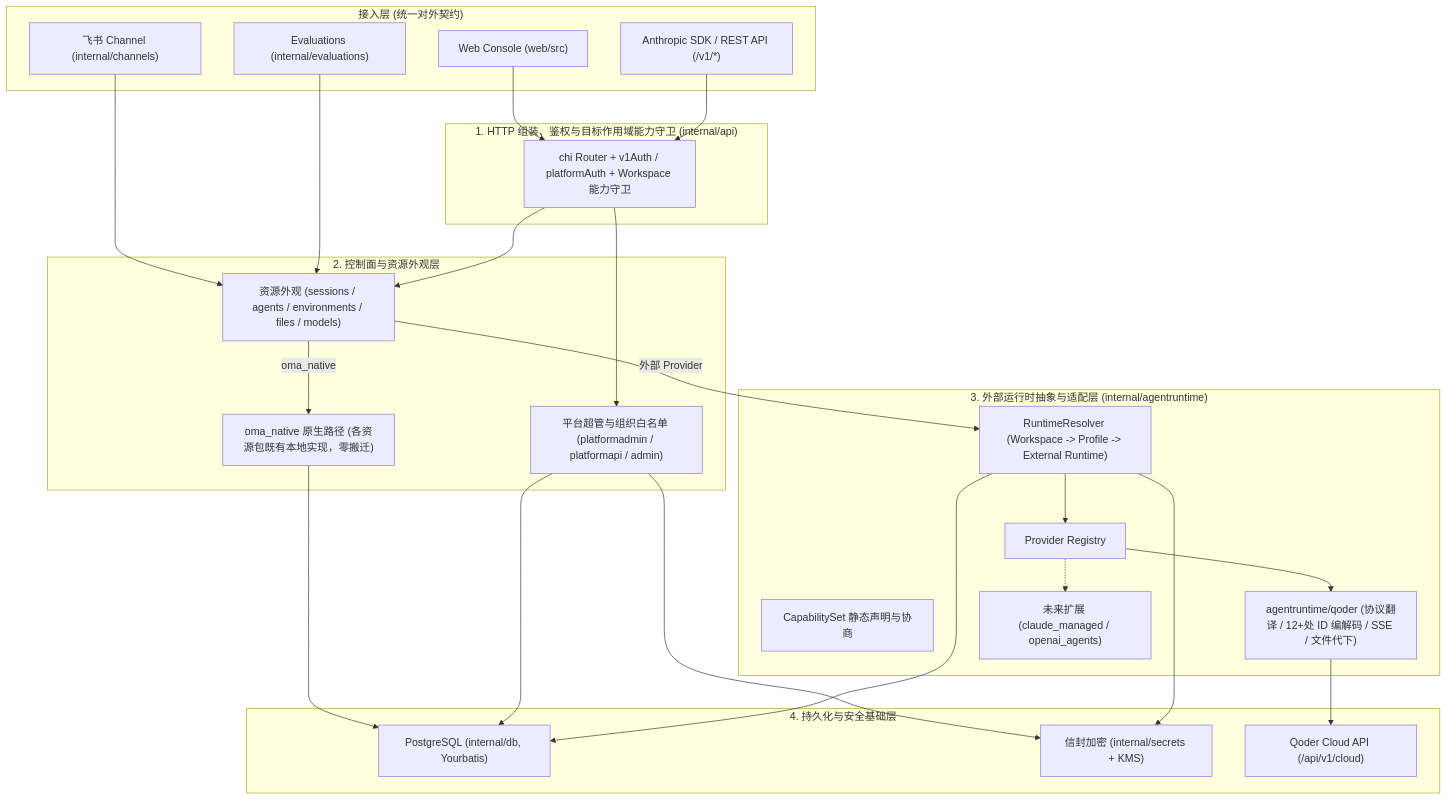
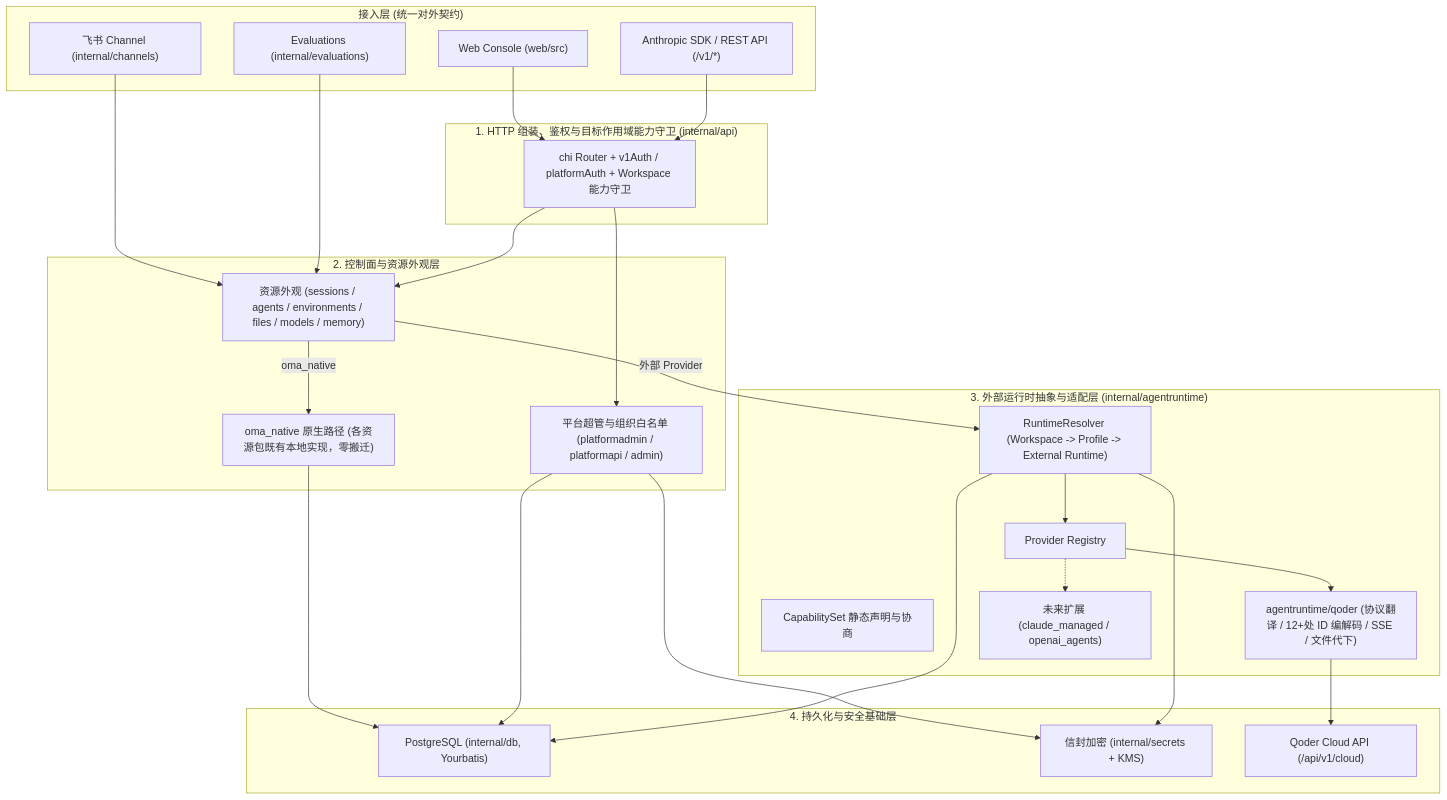
The diagram in docs/design/multi-provider-runtime.md (superduck-ai/open-managed-agents), drawn with Mermaid before and after one commit. The commit also changed other lines of this file and 33 other files, not shown here.

````diff
--- a/docs/design/multi-provider-runtime.md
+++ b/docs/design/multi-provider-runtime.md
@@ -50,51 +50,51 @@
 ```mermaid
 flowchart TB
     subgraph Access["接入层 (统一对外契约)"]
         WebUI["Web Console (web/src)"]
         SDK["Anthropic SDK / REST API (/v1/*)"]
         Feishu["飞书 Channel (internal/channels)"]
         Eval["Evaluations (internal/evaluations)"]
     end
 
     subgraph API["1. HTTP 组装、鉴权与目标作用域能力守卫 (internal/api)"]
         Router["chi Router + v1Auth / platformAuth + Workspace 能力守卫"]
     end
 
     subgraph ControlPlane["2. 控制面与资源外观层"]
-        Resources["资源外观 (sessions / agents / environments / files / models)"]
+        Resources["资源外观 (sessions / agents / environments / files / models / memory)"]
         Admin["平台超管与组织白名单 (platformadmin / platformapi / admin)"]
         NativeFast["oma_native 原生路径 (各资源包既有本地实现，零搬迁)"]
     end
 
     subgraph ExternalRT["3. 外部运行时抽象与适配层 (internal/agentruntime)"]
         Resolver["RuntimeResolver (Workspace -> Profile -> External Runtime)"]
         Caps["CapabilitySet 静态声明与协商"]
         Registry["Provider Registry"]
         Qoder["agentruntime/qoder (协议翻译 / 12+处 ID 编解码 / SSE / 文件代下)"]
         Future["未来扩展 (claude_managed / openai_agents)"]
     end
 
     subgraph Infra["4. 持久化与安全基础层"]
         DB["PostgreSQL (internal/db, Yourbatis)"]
         Secrets["信封加密 (internal/secrets + KMS)"]
         QoderAPI["Qoder Cloud API (/api/v1/cloud)"]
     end
 
     WebUI --> Router
     SDK --> Router
     Feishu --> Resources
     Eval --> Resources
     Router --> Resources
     Router --> Admin
     Resources -->|"oma_native"| NativeFast
     Resources -->|"外部 Provider"| Resolver
     Resolver --> Registry
     Registry --> Qoder
     Registry -.-> Future
     NativeFast --> DB
     Admin --> DB
     Admin --> Secrets
     Resolver --> DB
     Resolver --> Secrets
     Qoder --> QoderAPI
 ```
````
